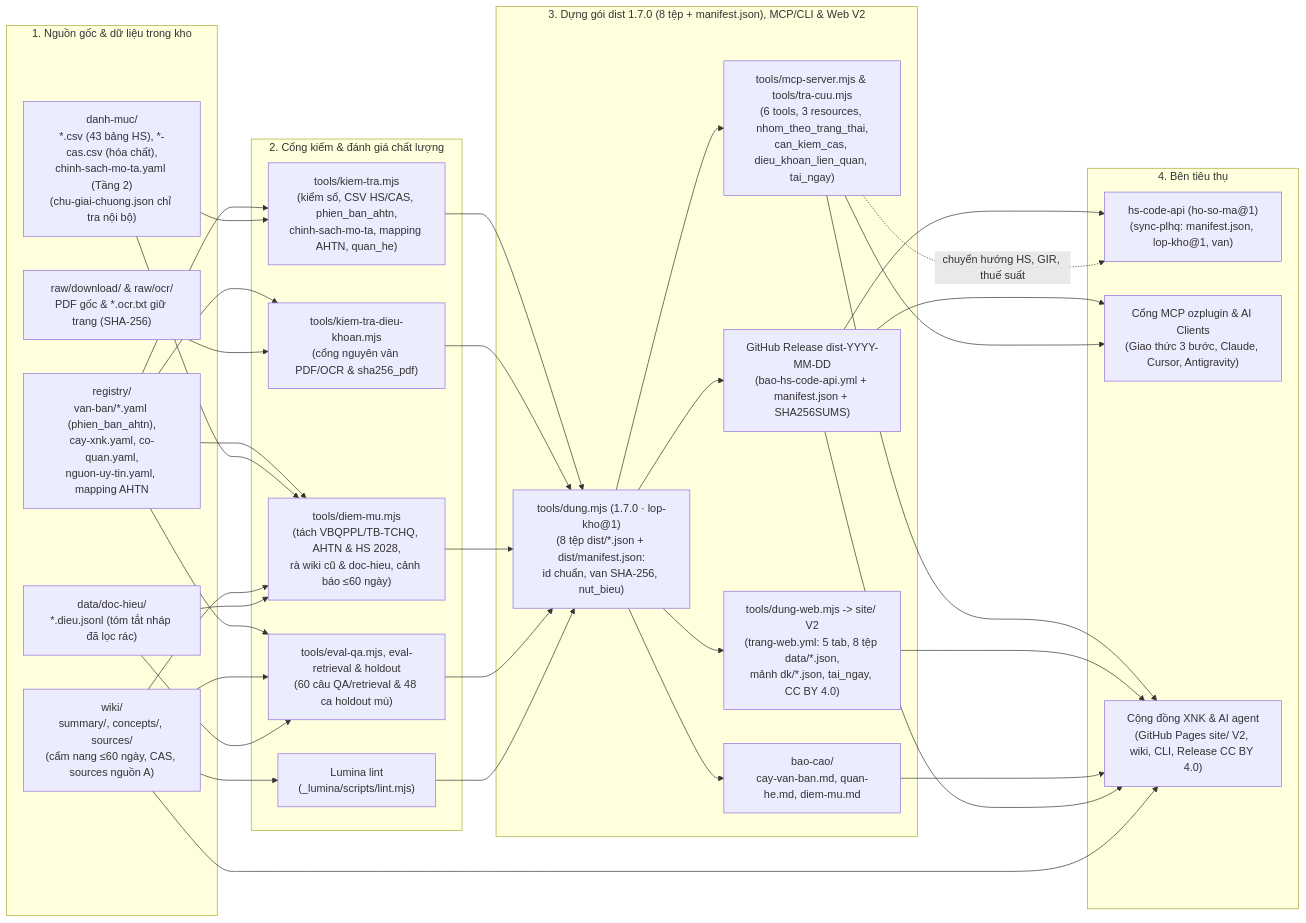
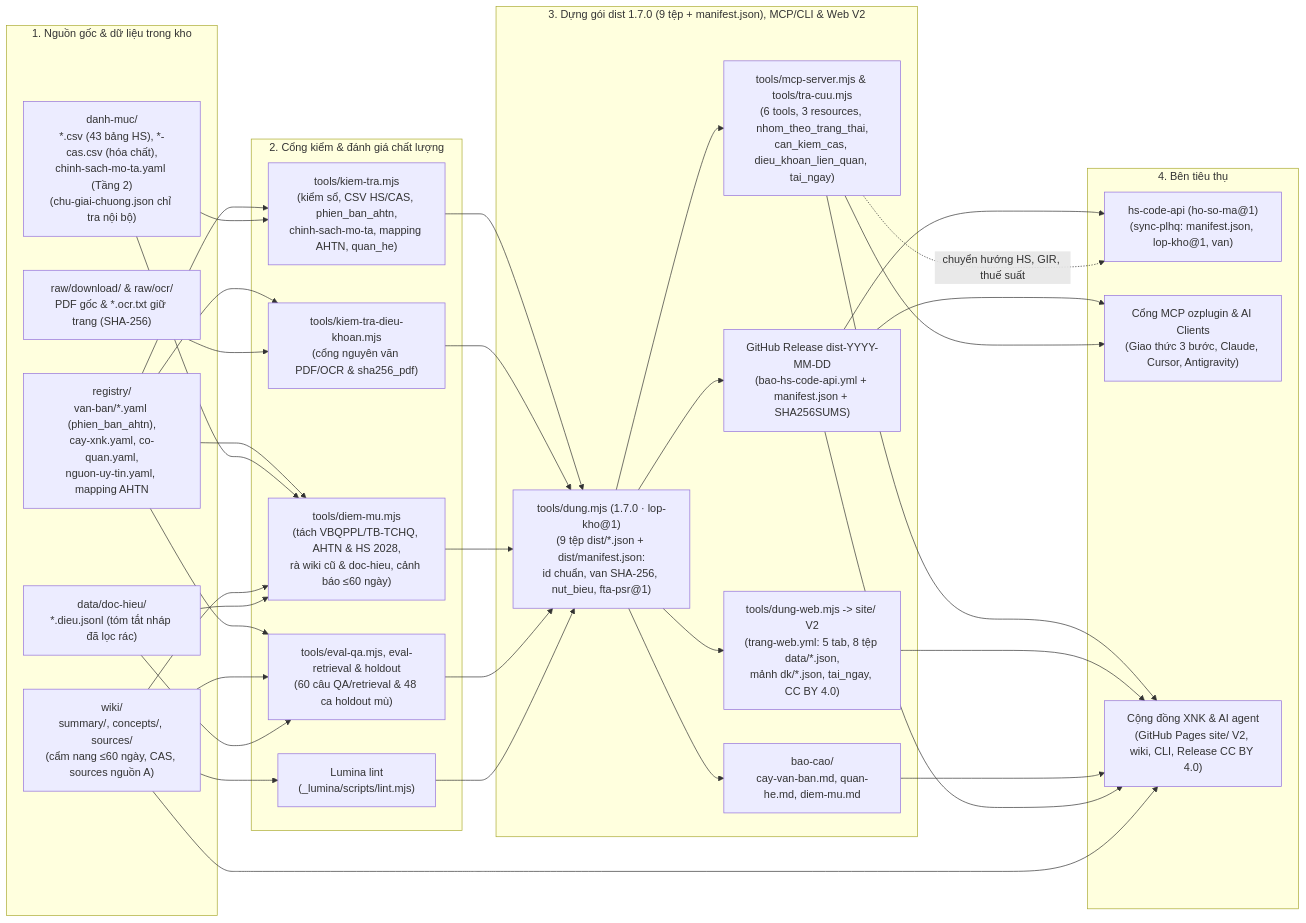
Before and after one commit to ozvietnam/oz-wiki-plhq: the first of 3 diagrams in docs/SO-DO-HE-THONG.md, drawn with Mermaid. The commit also changed other lines of this file and 10 other files, not shown here.

Commit message:
feat(w35): nền tảng xuất xứ & C/O ưu đãi FTA (fta-psr@1, dist/xuat-xu-fta.json) (#785)

````diff
--- a/docs/SO-DO-HE-THONG.md
+++ b/docs/SO-DO-HE-THONG.md
@@ -35,65 +35,65 @@
 ```mermaid
 flowchart LR
   subgraph S1["1. Nguồn gốc & dữ liệu trong kho"]
     REG["registry/\nvan-ban/*.yaml (phien_ban_ahtn),\ncay-xnk.yaml, co-quan.yaml,\nnguon-uy-tin.yaml, mapping AHTN"]
     DM["danh-muc/\n*.csv (43 bảng HS), *-cas.csv (hóa chất),\nchinh-sach-mo-ta.yaml (Tầng 2)\n(chu-giai-chuong.json chỉ tra nội bộ)"]
     WIKI["wiki/\nsummary/, concepts/, sources/\n(cẩm nang ≤60 ngày, CAS, sources nguồn A)"]
     DH["data/doc-hieu/\n*.dieu.jsonl (tóm tắt nháp đã lọc rác)"]
     RAW["raw/download/ & raw/ocr/\nPDF gốc & *.ocr.txt giữ trang (SHA-256)"]
   end
 
   subgraph S2["2. Cổng kiểm & đánh giá chất lượng"]
     KT["tools/kiem-tra.mjs\n(kiểm sổ, CSV HS/CAS, phien_ban_ahtn,\nchinh-sach-mo-ta, mapping AHTN, quan_he)"]
     KTDK["tools/kiem-tra-dieu-khoan.mjs\n(cổng nguyên văn PDF/OCR & sha256_pdf)"]
     DMMU["tools/diem-mu.mjs\n(tách VBQPPL/TB-TCHQ, AHTN & HS 2028,\nrà wiki cũ & doc-hieu, cảnh báo ≤60 ngày)"]
     EVAL["tools/eval-qa.mjs, eval-retrieval & holdout\n(60 câu QA/retrieval & 48 ca holdout mù)"]
     LINT["Lumina lint\n(_lumina/scripts/lint.mjs)"]
   end
 
-  subgraph S3["3. Dựng gói dist 1.7.0 (8 tệp + manifest.json), MCP/CLI & Web V2"]
-    DUNG["tools/dung.mjs (1.7.0 · lop-kho@1)\n(8 tệp dist/*.json + dist/manifest.json:\nid chuẩn, van SHA-256, nut_bieu)"]
+  subgraph S3["3. Dựng gói dist 1.7.0 (9 tệp + manifest.json), MCP/CLI & Web V2"]
+    DUNG["tools/dung.mjs (1.7.0 · lop-kho@1)\n(9 tệp dist/*.json + dist/manifest.json:\nid chuẩn, van SHA-256, nut_bieu, fta-psr@1)"]
     REL["GitHub Release dist-YYYY-MM-DD\n(bao-hs-code-api.yml + manifest.json + SHA256SUMS)"]
     MCP_SRV["tools/mcp-server.mjs & tools/tra-cuu.mjs\n(6 tools, 3 resources, nhom_theo_trang_thai,\ncan_kiem_cas, dieu_khoan_lien_quan, tai_ngay)"]
     WEB["tools/dung-web.mjs -> site/ V2\n(trang-web.yml: 5 tab, 8 tệp data/*.json,\nmảnh dk/*.json, tai_ngay, CC BY 4.0)"]
     BC["bao-cao/\ncay-van-ban.md, quan-he.md, diem-mu.md"]
   end
 
   subgraph S4["4. Bên tiêu thụ"]
     HSAPI["hs-code-api (ho-so-ma@1)\n(sync-plhq: manifest.json, lop-kho@1, van)"]
     MCP["Cổng MCP ozplugin & AI Clients\n(Giao thức 3 bước, Claude, Cursor, Antigravity)"]
     XH["Cộng đồng XNK & AI agent\n(GitHub Pages site/ V2, wiki, CLI, Release CC BY 4.0)"]
   end
 
   REG --> KT
   DM --> KT
   REG --> KTDK
   RAW --> KTDK
   REG --> DMMU
   DM --> DMMU
   WIKI --> DMMU
   DH --> DMMU
   WIKI --> LINT
   REG --> EVAL
   WIKI --> EVAL
   DH --> EVAL
 
   KT --> DUNG
   KTDK --> DUNG
   DMMU --> DUNG
   EVAL --> DUNG
   LINT --> DUNG
 
   DUNG --> REL
   DUNG --> MCP_SRV
   DUNG --> WEB
   DUNG --> BC
   REL --> HSAPI
   REL --> MCP
   MCP_SRV --> MCP
   MCP_SRV --> XH
   MCP_SRV -.->|"chuyển hướng HS, GIR, thuế suất"| HSAPI
   WEB --> XH
   BC --> XH
   REL --> XH
   WIKI --> XH
 ```
````
